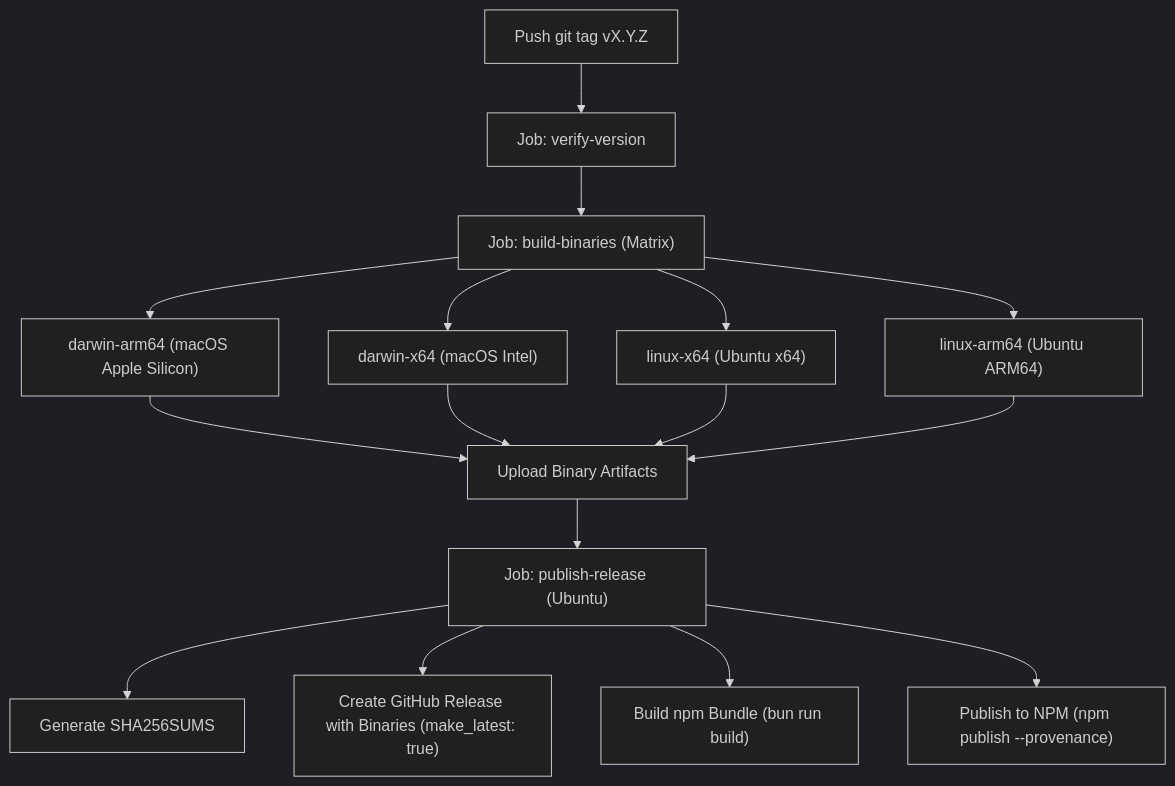
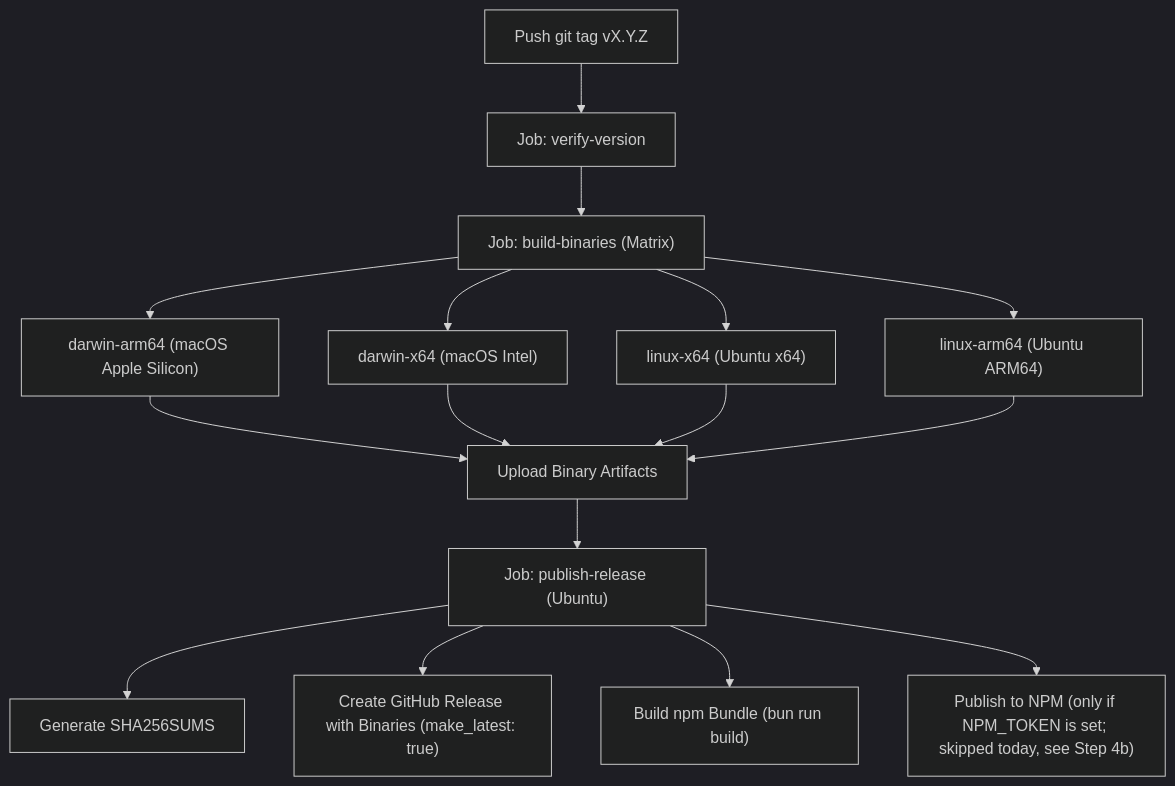
The diagram in docs/release-runbook.md (juanmaagd/pr-hero), drawn with Mermaid (dark theme) before and after one commit. The commit also changed other lines of this file, not shown here.

First line of the commit message:
docs(release): document the manual npm publish, macOS-only-in-release and the tag-move exception

````diff
--- a/docs/release-runbook.md
+++ b/docs/release-runbook.md
@@ -188,15 +242,15 @@
 ```mermaid
 flowchart TD
     A["Push git tag vX.Y.Z"] --> V["Job: verify-version"]
     V --> B["Job: build-binaries (Matrix)"]
     B --> B1["darwin-arm64 (macOS Apple Silicon)"]
     B --> B2["darwin-x64 (macOS Intel)"]
     B --> B3["linux-x64 (Ubuntu x64)"]
     B --> B4["linux-arm64 (Ubuntu ARM64)"]
     B1 & B2 & B3 & B4 --> C["Upload Binary Artifacts"]
     C --> D["Job: publish-release (Ubuntu)"]
     D --> E["Generate SHA256SUMS"]
     D --> F["Create GitHub Release with Binaries (make_latest: true)"]
     D --> G["Build npm Bundle (bun run build)"]
-    D --> H["Publish to NPM (npm publish --provenance)"]
+    D --> H["Publish to NPM (only if NPM_TOKEN is set; skipped today, see Step 4b)"]
 ```
````
